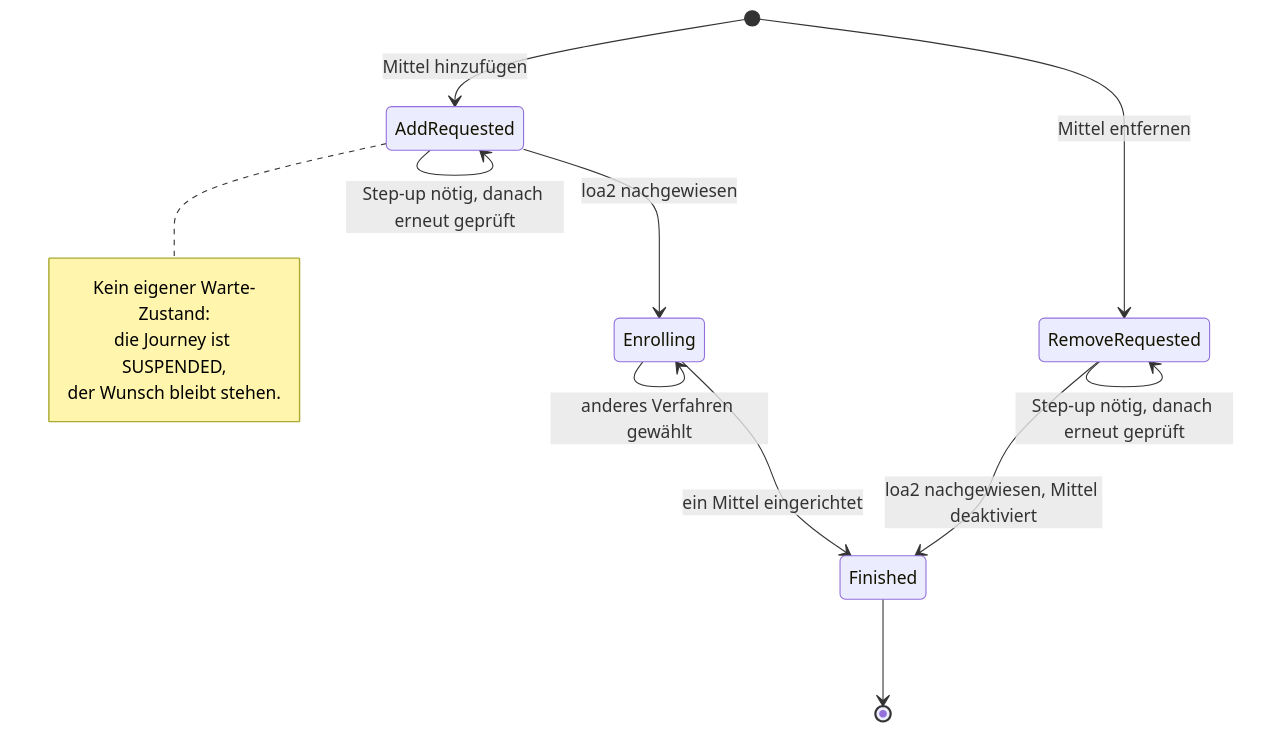
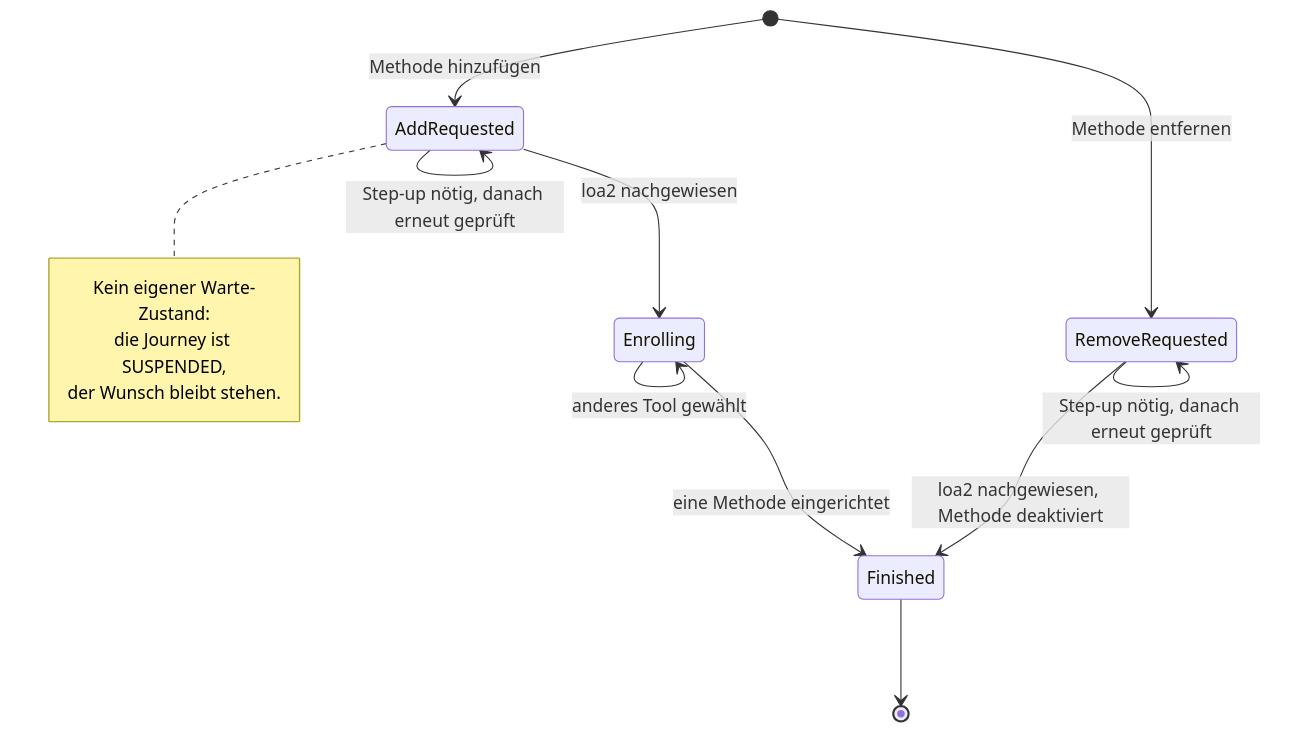
One commit to rpreissel/DPoP-demo changed the sixth of 7 diagrams in docs/04-orchestrierung.md. Above: the diagram before and after it, drawn with Mermaid. The commit also changed other lines of this file, not shown here.

````diff
--- a/docs/04-orchestrierung.md
+++ b/docs/04-orchestrierung.md
@@ -320,20 +331,20 @@
 ```mermaid
 stateDiagram-v2
-  [*] --> AddRequested: Mittel hinzufügen
-  [*] --> RemoveRequested: Mittel entfernen
+  [*] --> AddRequested: Methode hinzufügen
+  [*] --> RemoveRequested: Methode entfernen
 
   AddRequested --> AddRequested: Step-up nötig, danach erneut geprüft
   RemoveRequested --> RemoveRequested: Step-up nötig, danach erneut geprüft
 
   AddRequested --> Enrolling: loa2 nachgewiesen
-  RemoveRequested --> Finished: loa2 nachgewiesen, Mittel deaktiviert
-  Enrolling --> Enrolling: anderes Verfahren gewählt
-  Enrolling --> Finished: ein Mittel eingerichtet
+  RemoveRequested --> Finished: loa2 nachgewiesen, Methode deaktiviert
+  Enrolling --> Enrolling: anderes Tool gewählt
+  Enrolling --> Finished: eine Methode eingerichtet
   Finished --> [*]
 
   note right of AddRequested
     Kein eigener Warte-Zustand:
     die Journey ist SUSPENDED,
     der Wunsch bleibt stehen.
   end note
 ```
````
